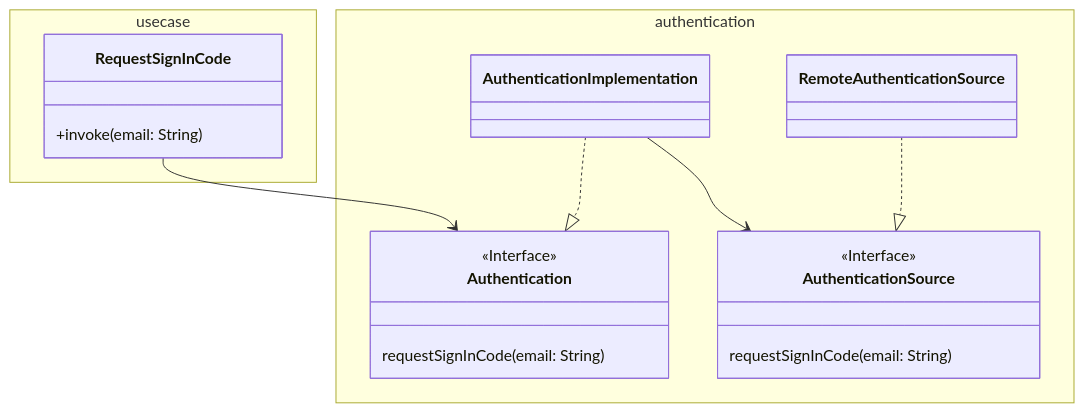
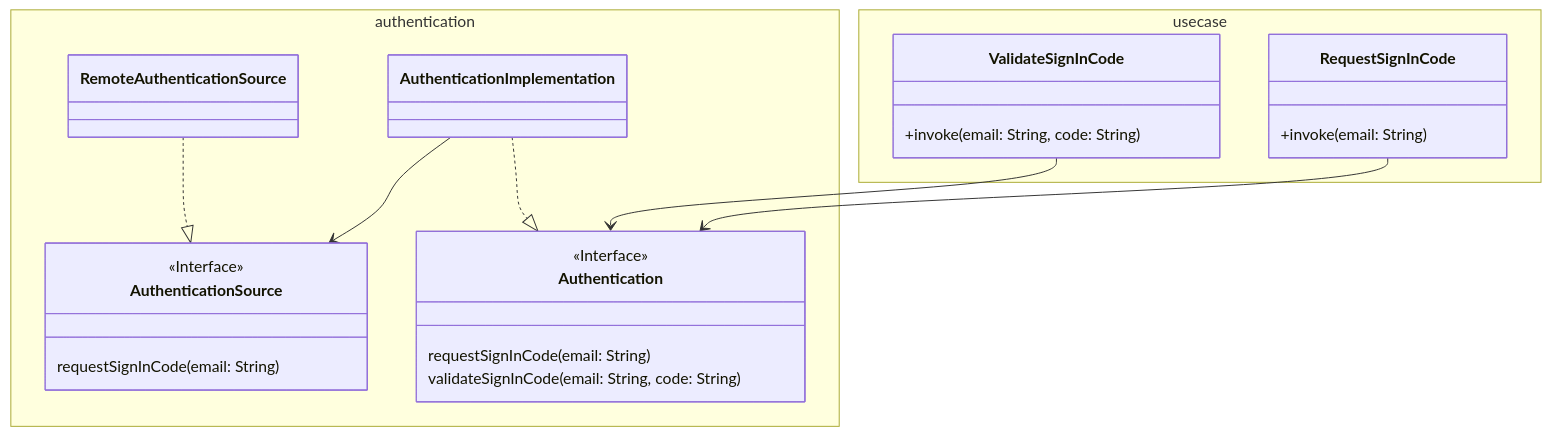
The diagram in composeApp/documentation.md (tangodachi/yava), drawn with Mermaid before and after one commit. The commit also changed 5 other files, not shown here.

Commit message:
add ValidateSignInCode usecase

````diff
--- a/composeApp/documentation.md
+++ b/composeApp/documentation.md
@@ -1,34 +1,40 @@
 ```mermaid
 classDiagram
 direction TB
 	namespace usecase {
         class RequestSignInCode {
 	        +invoke(email: String)
         }
 
+        class ValidateSignInCode {
+	        +invoke(email: String, code: String)
+        }
+
 	}
 	namespace authentication {
-        class Authentication {
-	        requestSignInCode(email: String)
-        }
-
         class AuthenticationImplementation {
         }
 
         class AuthenticationSource {
 	        requestSignInCode(email: String)
         }
 
         class RemoteAuthenticationSource {
         }
 
+        class Authentication {
+	        requestSignInCode(email: String)
+	        validateSignInCode(email: String, code: String)
+        }
+
 	}
 
+	<<Interface>> AuthenticationSource
 	<<Interface>> Authentication
-	<<Interface>> AuthenticationSource
 
     RequestSignInCode --> Authentication
+    ValidateSignInCode --> Authentication
     AuthenticationImplementation ..|> Authentication
     AuthenticationImplementation --> AuthenticationSource
     RemoteAuthenticationSource ..|> AuthenticationSource
 ```
````
